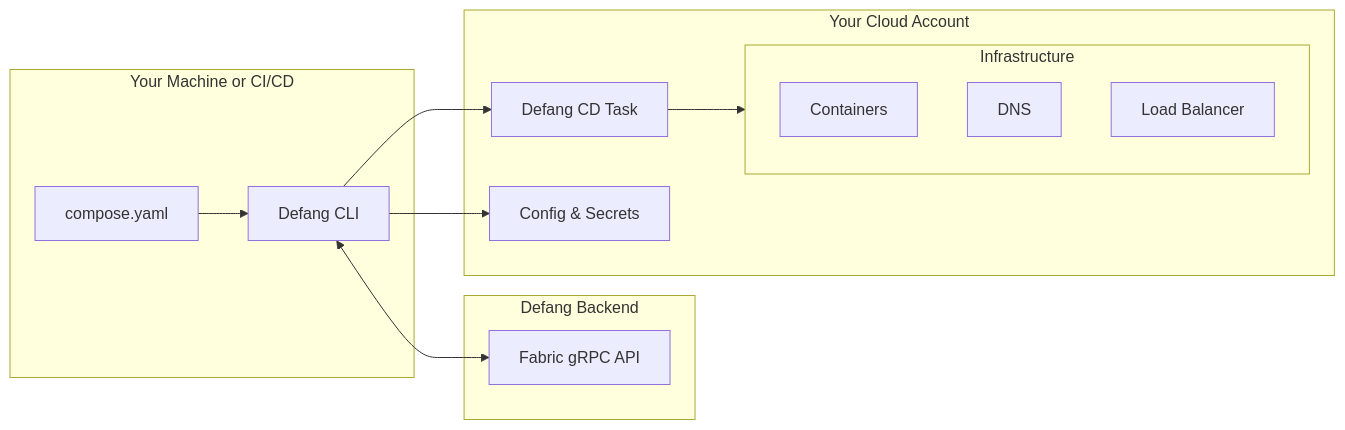
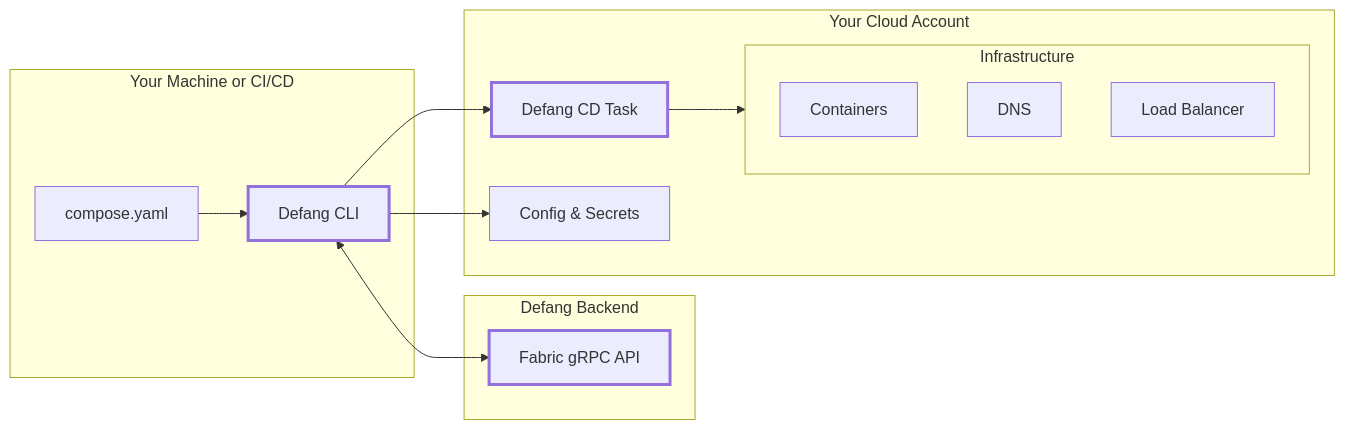
The diagram in README.md (DefangLabs/defang), drawn with Mermaid before and after one commit.

Commit message:
Update README with styling for flowchart elements
chore: make Defang components bold

````diff
--- a/README.md
+++ b/README.md
@@ -13,27 +13,30 @@
 ```mermaid
 flowchart LR
     subgraph local["Your Machine or CI/CD"]
         compose["compose.yaml"]
         cli["Defang CLI"]
-    end
+        style cli stroke-width:3px
+  end
 
     subgraph defang["Defang Backend"]
         fabric["Fabric gRPC API"]
+        style fabric stroke-width:3px
     end
 
     subgraph cloud["Your Cloud Account"]
         cd["Defang CD Task"]
+        style cd stroke-width:3px
         secrets["Config & Secrets"]
         subgraph infra["Infrastructure"]
             containers["Containers"]
             dns["DNS"]
             lb["Load Balancer"]
         end
     end
 
     compose --> cli
     cli <--> fabric
     cli --> cd
     cli --> secrets
     cd --> infra
 ```
````
